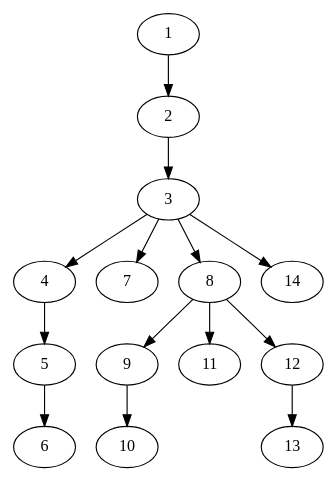
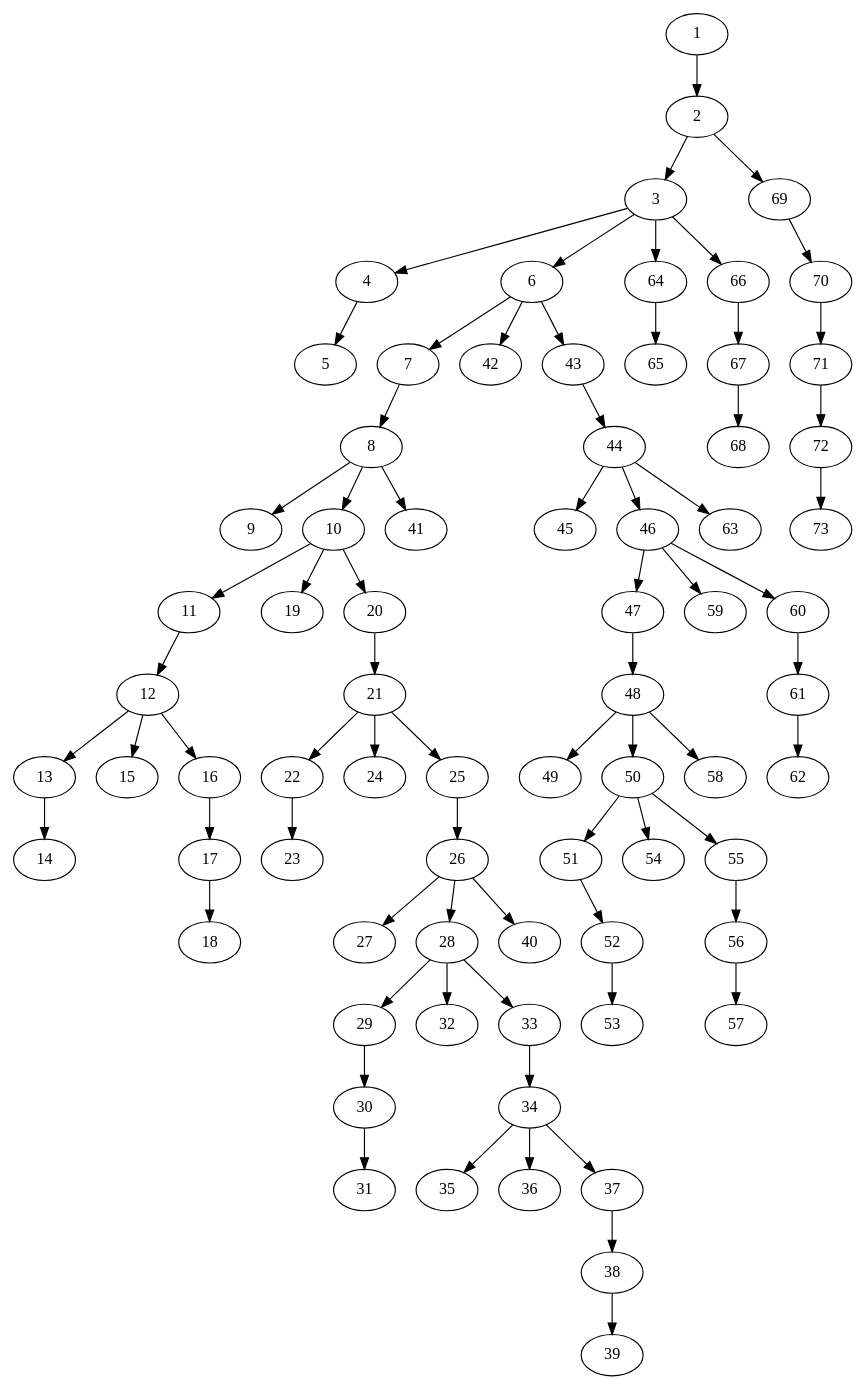
Before and after one commit to Ajax12345/caspian-lang: the diagram in caspian/src/ast_stuff.dot, drawn with Graphviz. The commit also changed 8 other files, not shown here.

```diff
--- a/caspian/src/ast_stuff.dot
+++ b/caspian/src/ast_stuff.dot
@@ -1,15 +1,74 @@
 strict digraph "" {
 	1 -> 2;
 	2 -> 3;
+	2 -> 69;
 	3 -> 4;
-	3 -> 7;
-	3 -> 8;
-	3 -> 14;
+	3 -> 6;
+	3 -> 64;
+	3 -> 66;
 	4 -> 5;
-	5 -> 6;
+	6 -> 7;
+	6 -> 42;
+	6 -> 43;
+	7 -> 8;
 	8 -> 9;
-	8 -> 11;
-	8 -> 12;
-	9 -> 10;
+	8 -> 10;
+	8 -> 41;
+	10 -> 11;
+	10 -> 19;
+	10 -> 20;
+	11 -> 12;
 	12 -> 13;
+	12 -> 15;
+	12 -> 16;
+	13 -> 14;
+	16 -> 17;
+	17 -> 18;
+	20 -> 21;
+	21 -> 22;
+	21 -> 24;
+	21 -> 25;
+	22 -> 23;
+	25 -> 26;
+	26 -> 27;
+	26 -> 28;
+	26 -> 40;
+	28 -> 29;
+	28 -> 32;
+	28 -> 33;
+	29 -> 30;
+	30 -> 31;
+	33 -> 34;
+	34 -> 35;
+	34 -> 36;
+	34 -> 37;
+	37 -> 38;
+	38 -> 39;
+	43 -> 44;
+	44 -> 45;
+	44 -> 46;
+	44 -> 63;
+	46 -> 47;
+	46 -> 59;
+	46 -> 60;
+	47 -> 48;
+	48 -> 49;
+	48 -> 50;
+	48 -> 58;
+	50 -> 51;
+	50 -> 54;
+	50 -> 55;
+	51 -> 52;
+	52 -> 53;
+	55 -> 56;
+	56 -> 57;
+	60 -> 61;
+	61 -> 62;
+	64 -> 65;
+	66 -> 67;
+	67 -> 68;
+	69 -> 70;
+	70 -> 71;
+	71 -> 72;
+	72 -> 73;
 }
```
